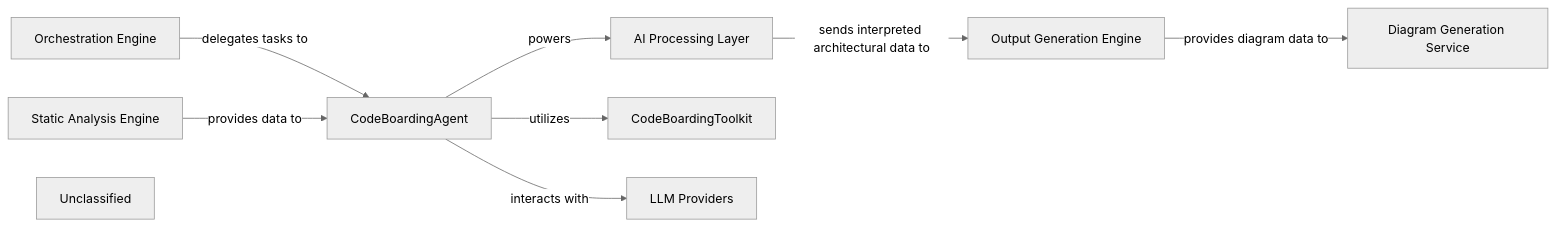
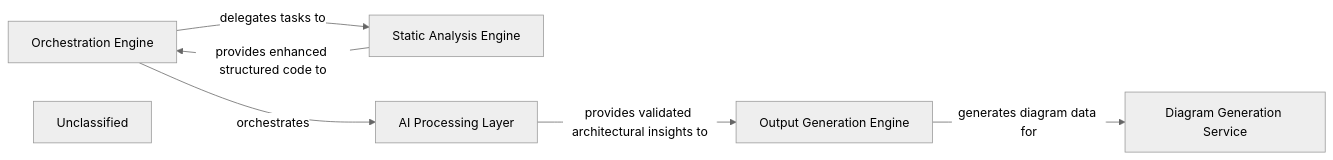
Before and after one commit to CodeBoarding/CodeBoarding: the diagram in .codeboarding/overview.md, drawn with Mermaid (neutral theme). The commit also changed other lines of this file and 17 other files, not shown here.

First line of the commit message:
docs: update codeboarding documentation and generate architecture

````diff
--- a/.codeboarding/overview.md
+++ b/.codeboarding/overview.md
@@ -1,27 +1,19 @@
 ```mermaid
 graph LR
     Orchestration_Engine["Orchestration Engine"]
     Static_Analysis_Engine["Static Analysis Engine"]
     AI_Processing_Layer["AI Processing Layer"]
     Output_Generation_Engine["Output Generation Engine"]
     Diagram_Generation_Service["Diagram Generation Service"]
-    CodeBoardingAgent["CodeBoardingAgent"]
-    CodeBoardingToolkit["CodeBoardingToolkit"]
-    LLM_Providers["LLM Providers"]
     Unclassified["Unclassified"]
-    Unclassified["Unclassified"]
-    Orchestration_Engine -- "delegates tasks to" --> CodeBoardingAgent
-    CodeBoardingAgent -- "utilizes" --> CodeBoardingToolkit
-    CodeBoardingAgent -- "interacts with" --> LLM_Providers
-    Static_Analysis_Engine -- "provides data to" --> CodeBoardingAgent
-    CodeBoardingAgent -- "powers" --> AI_Processing_Layer
-    AI_Processing_Layer -- "sends interpreted architectural data to" --> Output_Generation_Engine
-    Output_Generation_Engine -- "provides diagram data to" --> Diagram_Generation_Service
+    Orchestration_Engine -- "delegates tasks to" --> Static_Analysis_Engine
+    Static_Analysis_Engine -- "provides enhanced structured code to" --> Orchestration_Engine
+    Orchestration_Engine -- "orchestrates" --> AI_Processing_Layer
+    AI_Processing_Layer -- "provides validated architectural insights to" --> Output_Generation_Engine
+    Output_Generation_Engine -- "generates diagram data for" --> Diagram_Generation_Service
     click Orchestration_Engine href "https://github.com/CodeBoarding/CodeBoarding/blob/main/.codeboarding/Orchestration_Engine.md" "Details"
     click Static_Analysis_Engine href "https://github.com/CodeBoarding/CodeBoarding/blob/main/.codeboarding/Static_Analysis_Engine.md" "Details"
     click AI_Processing_Layer href "https://github.com/CodeBoarding/CodeBoarding/blob/main/.codeboarding/AI_Processing_Layer.md" "Details"
     click Output_Generation_Engine href "https://github.com/CodeBoarding/CodeBoarding/blob/main/.codeboarding/Output_Generation_Engine.md" "Details"
     click Diagram_Generation_Service href "https://github.com/CodeBoarding/CodeBoarding/blob/main/.codeboarding/Diagram_Generation_Service.md" "Details"
-    click CodeBoardingAgent href "https://github.com/CodeBoarding/CodeBoarding/blob/main/.codeboarding/CodeBoardingAgent.md" "Details"
-    click CodeBoardingToolkit href "https://github.com/CodeBoarding/CodeBoarding/blob/main/.codeboarding/CodeBoardingToolkit.md" "Details"
 ```
````
